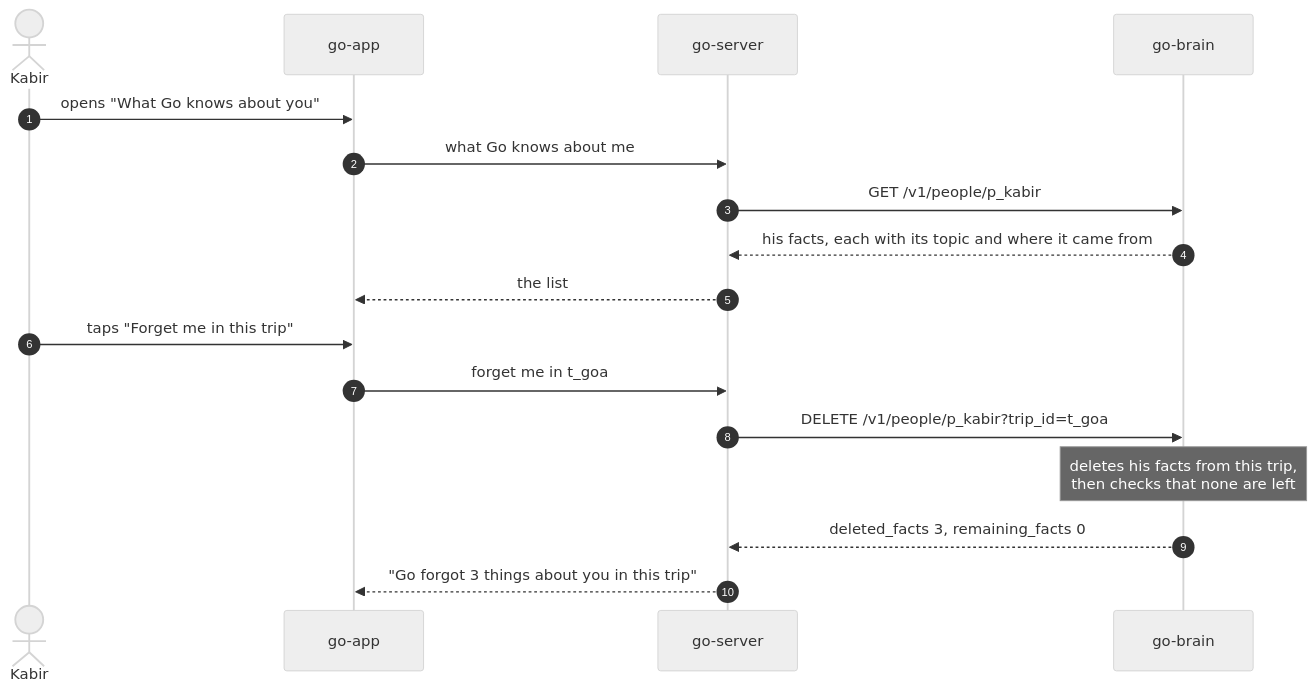
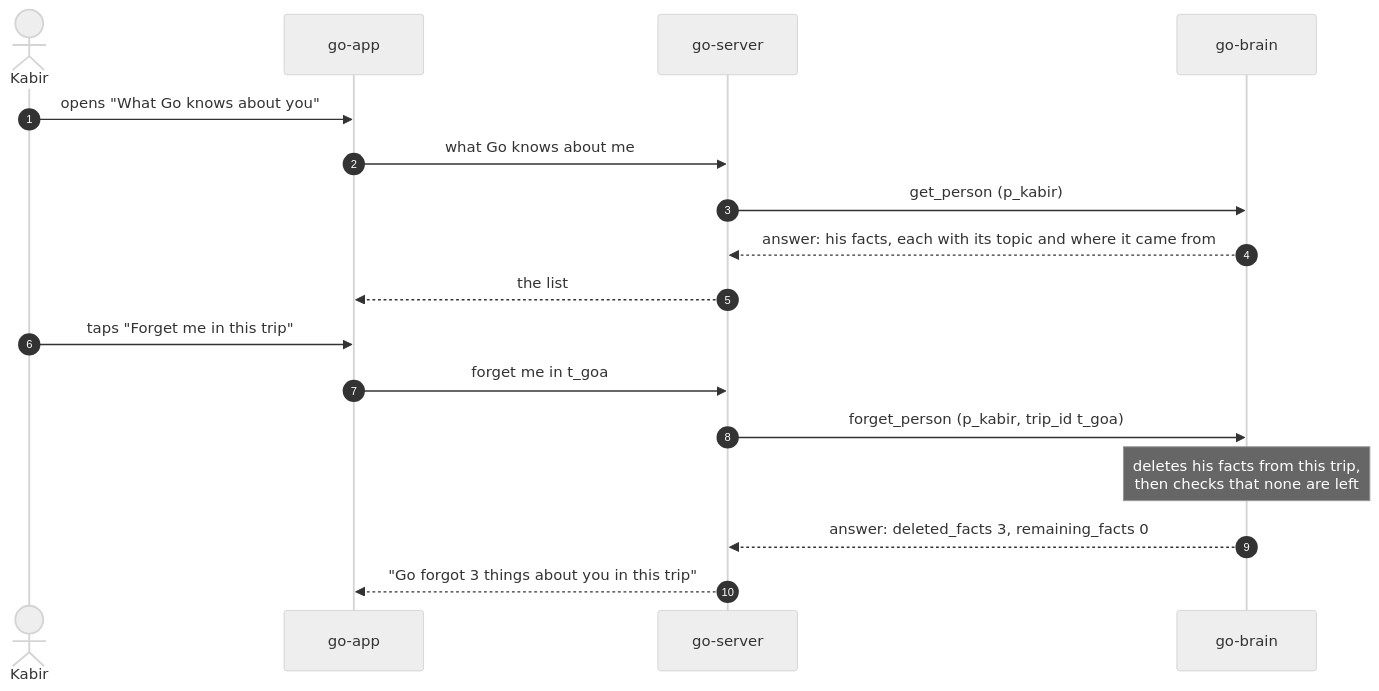
The seventh of 8 diagrams in docs/guide/09-flows.md (vestra-ai/go-brain), drawn with Mermaid (neutral theme) before and after one commit. The commit also changed other lines of this file and 23 other files, not shown here.

````diff
--- a/docs/guide/09-flows.md
+++ b/docs/guide/09-flows.md
@@ -213,19 +224,19 @@
 ```mermaid
 sequenceDiagram
   autonumber
   actor Kabir
   participant app as go-app
   participant server as go-server
   participant brain as go-brain
   Kabir->>app: opens "What Go knows about you"
   app->>server: what Go knows about me
-  server->>brain: GET /v1/people/p_kabir
-  brain-->>server: his facts, each with its topic and where it came from
+  server->>brain: get_person (p_kabir)
+  brain-->>server: answer: his facts, each with its topic and where it came from
   server-->>app: the list
   Kabir->>app: taps "Forget me in this trip"
   app->>server: forget me in t_goa
-  server->>brain: DELETE /v1/people/p_kabir?trip_id=t_goa
+  server->>brain: forget_person (p_kabir, trip_id t_goa)
   Note over brain: deletes his facts from this trip,<br/>then checks that none are left
-  brain-->>server: deleted_facts 3, remaining_facts 0
+  brain-->>server: answer: deleted_facts 3, remaining_facts 0
   server-->>app: "Go forgot 3 things about you in this trip"
 ```
````
